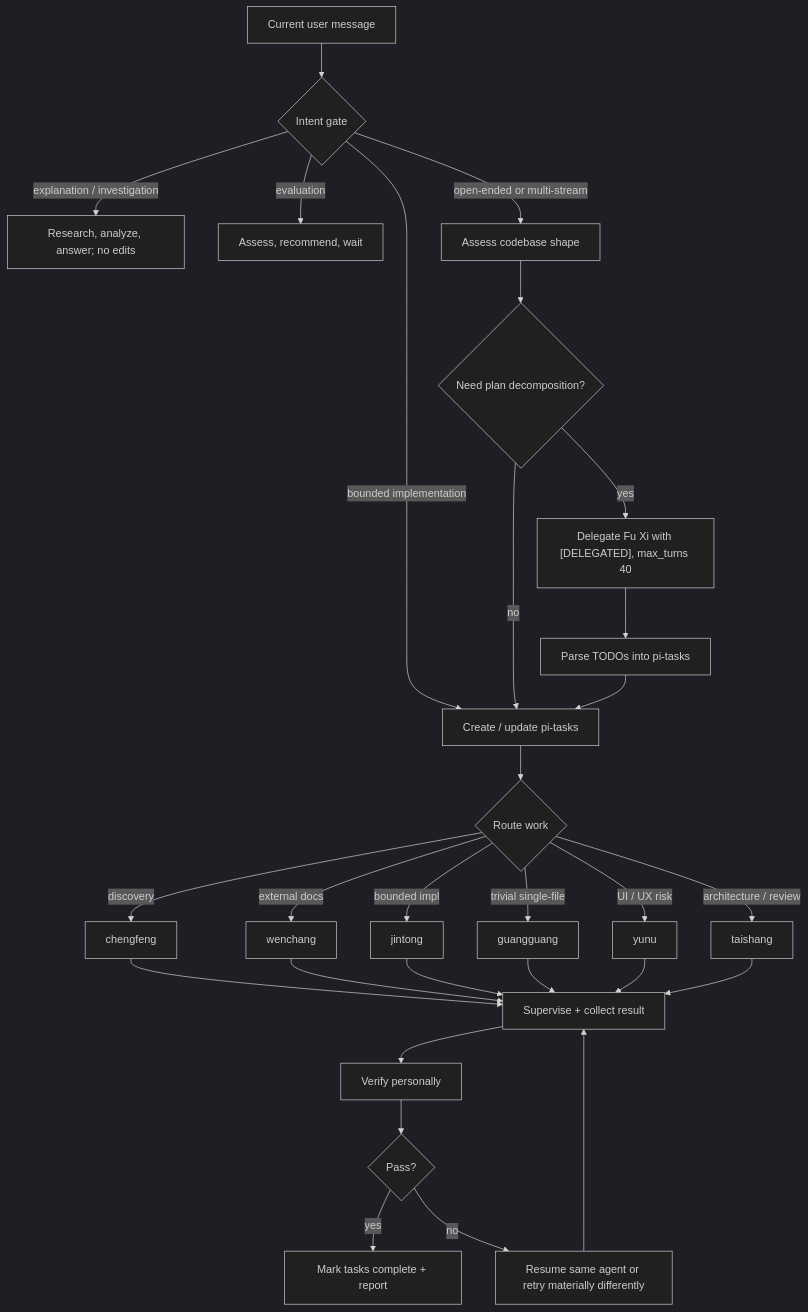
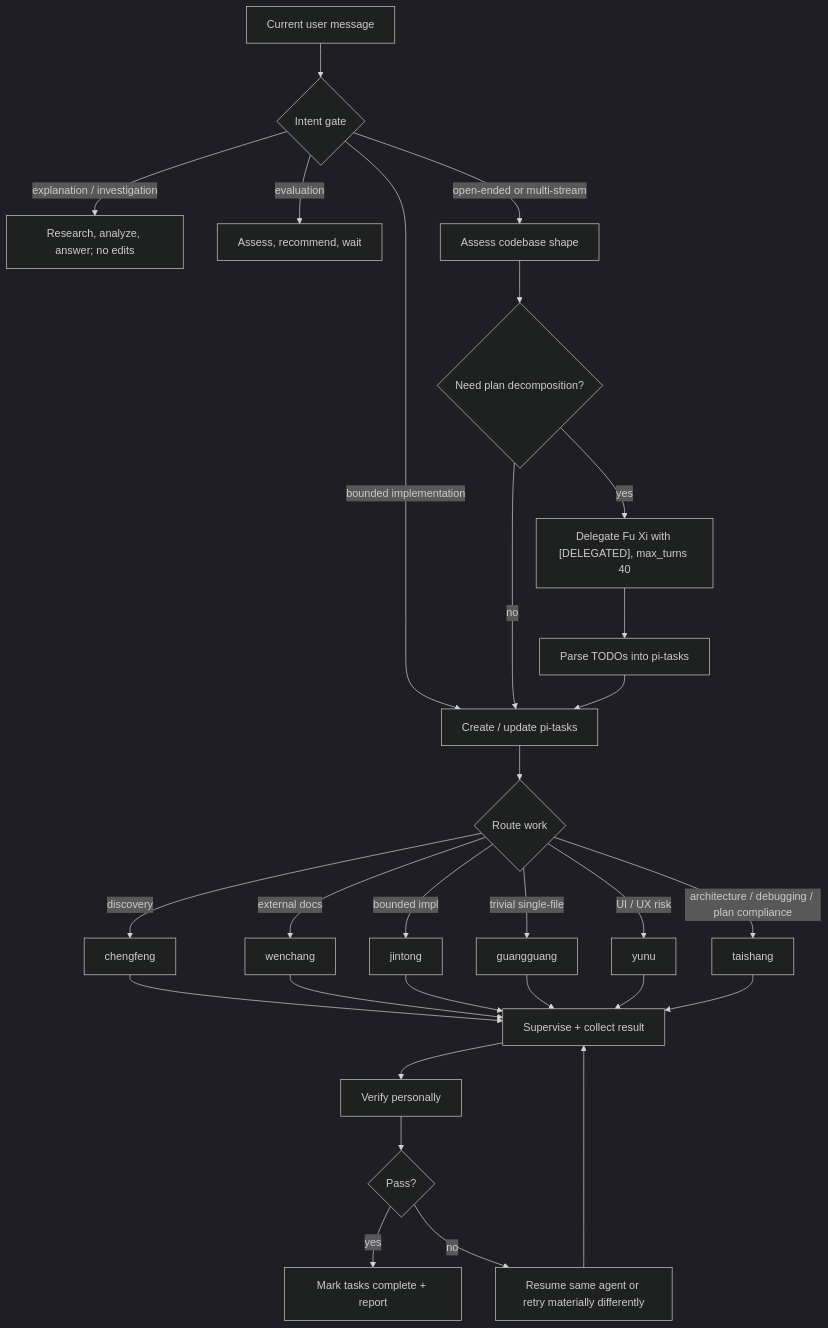
The third of 4 diagrams in docs/specs/orchestration-flow.md (zhongjis/pi-config), drawn with Mermaid (dark theme) before and after one commit. The commit also changed other lines of this file and 27 other files, not shown here.

````diff
--- a/docs/specs/orchestration-flow.md
+++ b/docs/specs/orchestration-flow.md
@@ -98,31 +98,31 @@
 ```mermaid
 flowchart TD
     A[Current user message] --> B{Intent gate}
     B -->|explanation / investigation| C[Research, analyze, answer; no edits]
     B -->|evaluation| D[Assess, recommend, wait]
     B -->|bounded implementation| E[Create / update pi-tasks]
     B -->|open-ended or multi-stream| F[Assess codebase shape]
     F --> G{Need plan decomposition?}
     G -->|yes| H["Delegate Fu Xi with [DELEGATED], max_turns 40"]
     H --> I[Parse TODOs into pi-tasks]
     G -->|no| E
     I --> E
     E --> J{Route work}
     J -->|discovery| Chengfeng[chengfeng]
     J -->|external docs| Wenchang[wenchang]
     J -->|bounded impl| Jintong[jintong]
     J -->|trivial single-file| Guangguang[guangguang]
     J -->|UI / UX risk| Yunu[yunu]
-    J -->|architecture / review| Taishang[taishang]
+    J -->|architecture / debugging / plan compliance| Taishang[taishang]
     Chengfeng --> K[Supervise + collect result]
     Wenchang --> K
     Jintong --> K
     Guangguang --> K
     Yunu --> K
     Taishang --> K
     K --> L[Verify personally]
     L --> M{Pass?}
     M -->|yes| N[Mark tasks complete + report]
     M -->|no| O[Resume same agent or retry materially differently]
     O --> K
 ```
````
